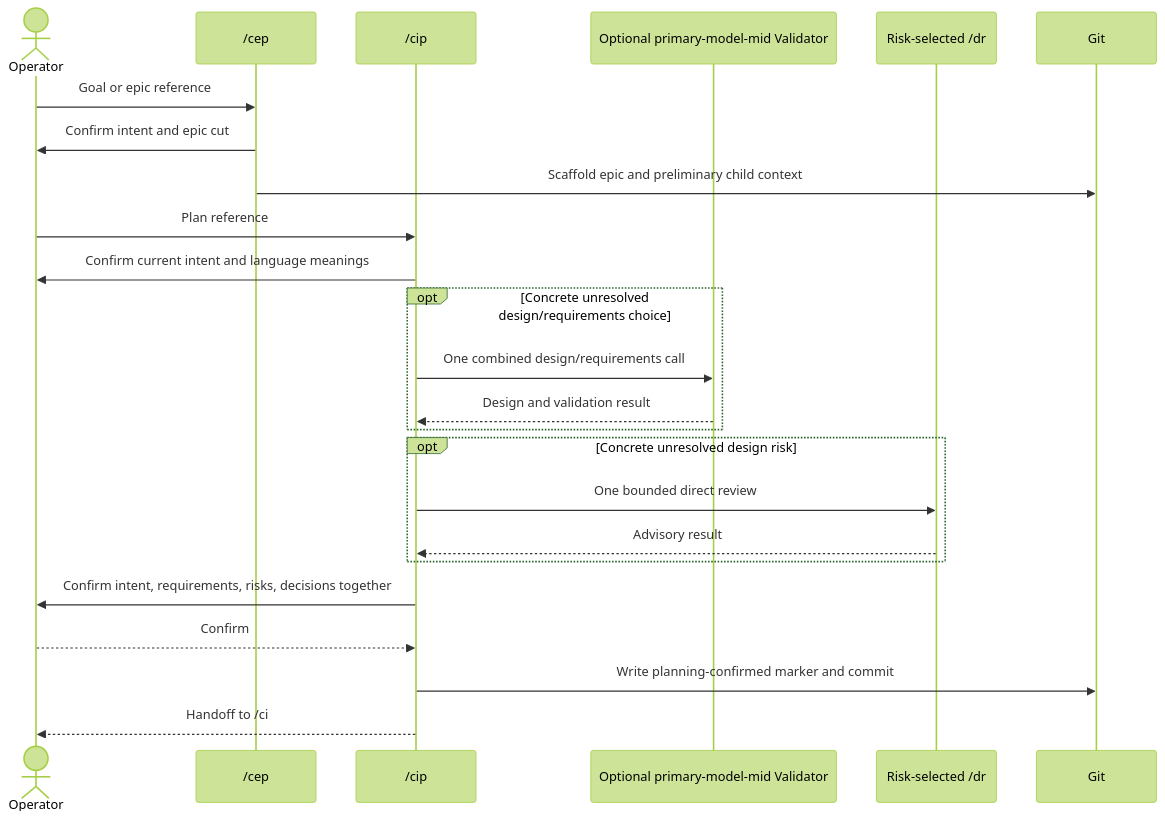
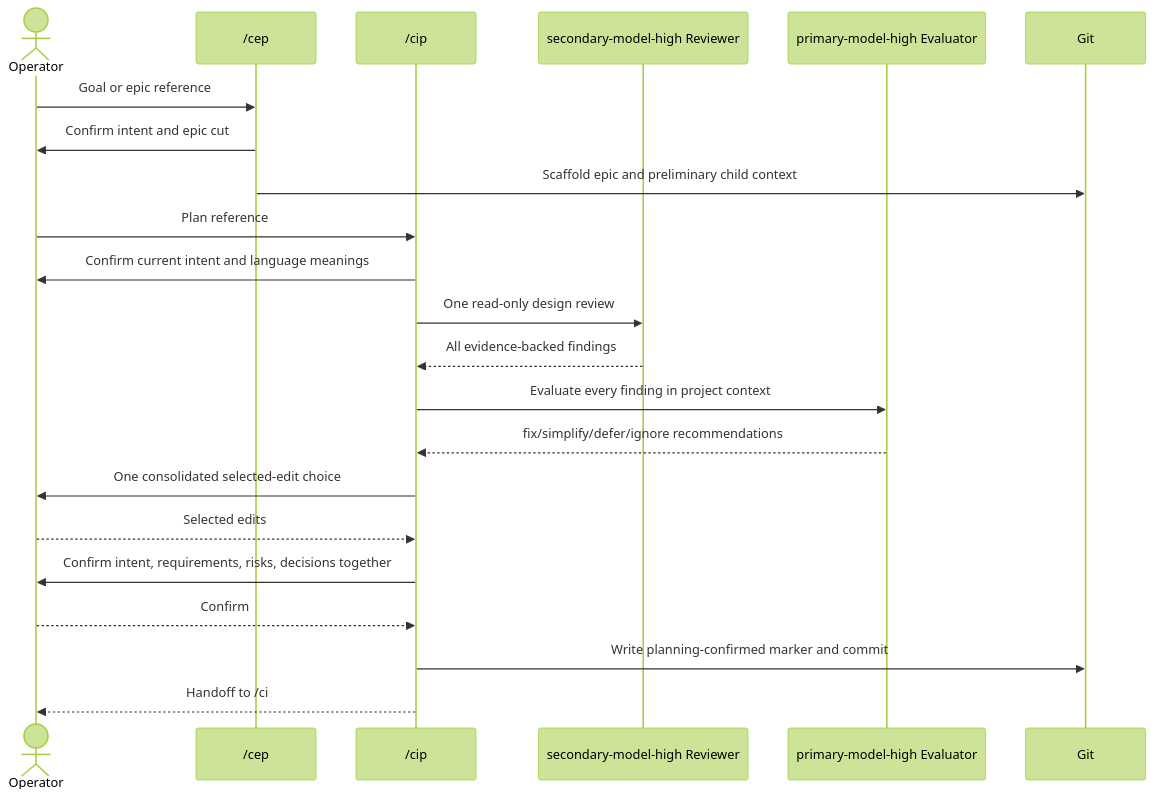
Before and after one commit to jIRI-san/skalary: the first of 2 diagrams in docs/operator-guide/planning.md, drawn with Mermaid (forest theme). The commit also changed other lines of this file and 25 other files, not shown here.

````diff
--- a/docs/operator-guide/planning.md
+++ b/docs/operator-guide/planning.md
@@ -8,26 +8,24 @@
 ```mermaid
 sequenceDiagram
     actor Operator
     participant CEP as /cep
     participant CIP as /cip
-    participant Native as Optional primary-model-mid Validator
-    participant DR as Risk-selected /dr
+    participant Reviewer as secondary-model-high Reviewer
+    participant Evaluator as primary-model-high Evaluator
     participant Git
     Operator->>CEP: Goal or epic reference
     CEP->>Operator: Confirm intent and epic cut
     CEP->>Git: Scaffold epic and preliminary child context
     Operator->>CIP: Plan reference
     CIP->>Operator: Confirm current intent and language meanings
-    opt Concrete unresolved design/requirements choice
-        CIP->>Native: One combined design/requirements call
-        Native-->>CIP: Design and validation result
-    end
-    opt Concrete unresolved design risk
-        CIP->>DR: One bounded direct review
-        DR-->>CIP: Advisory result
-    end
+    CIP->>Reviewer: One read-only design review
+    Reviewer-->>CIP: All evidence-backed findings
+    CIP->>Evaluator: Evaluate every finding in project context
+    Evaluator-->>CIP: fix/simplify/defer/ignore recommendations
+    CIP->>Operator: One consolidated selected-edit choice
+    Operator-->>CIP: Selected edits
     CIP->>Operator: Confirm intent, requirements, risks, decisions together
     Operator-->>CIP: Confirm
     CIP->>Git: Write planning-confirmed marker and commit
     CIP-->>Operator: Handoff to /ci
 ```
````
